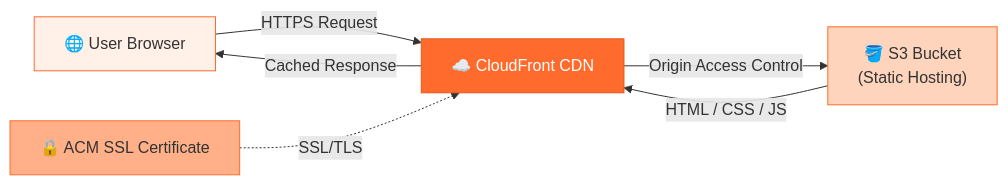
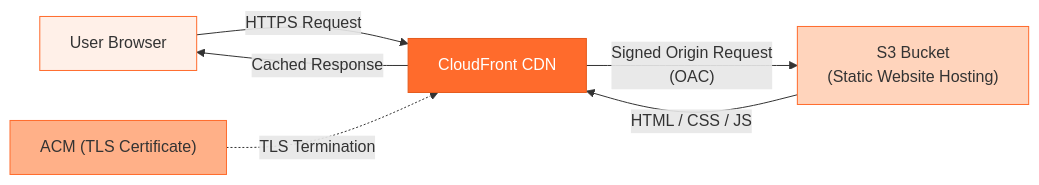
The diagram in README.md (GGCIRILLO/ToDo-Static-website), drawn with Mermaid before and after one commit. The commit also changed other lines of this file, not shown here.

````diff
--- a/README.md
+++ b/README.md
@@ -43,18 +70,19 @@
 ```mermaid
 flowchart LR
-    User["🌐 User Browser"]
-    CF["☁️ CloudFront CDN"]
-    ACM["🔒 ACM SSL Certificate"]
-    S3["🪣 S3 Bucket\n(Static Hosting)"]
+    User["User Browser"]
+    CF["CloudFront CDN"]
+    ACM["ACM (TLS Certificate)"]
+    S3["S3 Bucket\n(Static Website Hosting)"]
 
     User -->|"HTTPS Request"| CF
-    ACM -.->|"SSL/TLS"| CF
-    CF -->|"Origin Access Control"| S3
+    ACM -.->|"TLS Termination"| CF
+    CF -->|"Signed Origin Request\n(OAC)"| S3
     S3 -->|"HTML / CSS / JS"| CF
     CF -->|"Cached Response"| User
 
     style User fill:#FFF0E8,stroke:#FF6B2C,color:#333
     style CF fill:#FF6B2C,stroke:#e55a1b,color:#fff
     style ACM fill:#FFB088,stroke:#FF6B2C,color:#333
     style S3 fill:#FFD4BC,stroke:#FF6B2C,color:#333
+
 ```
````
